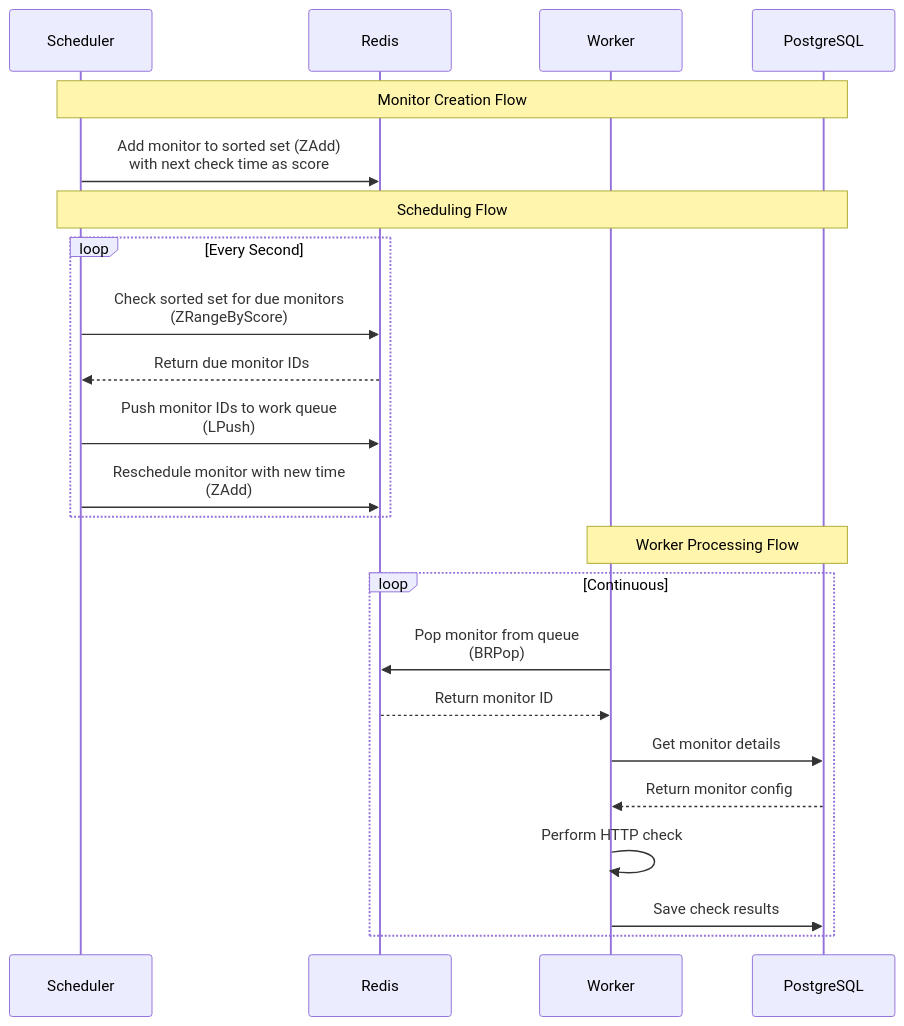
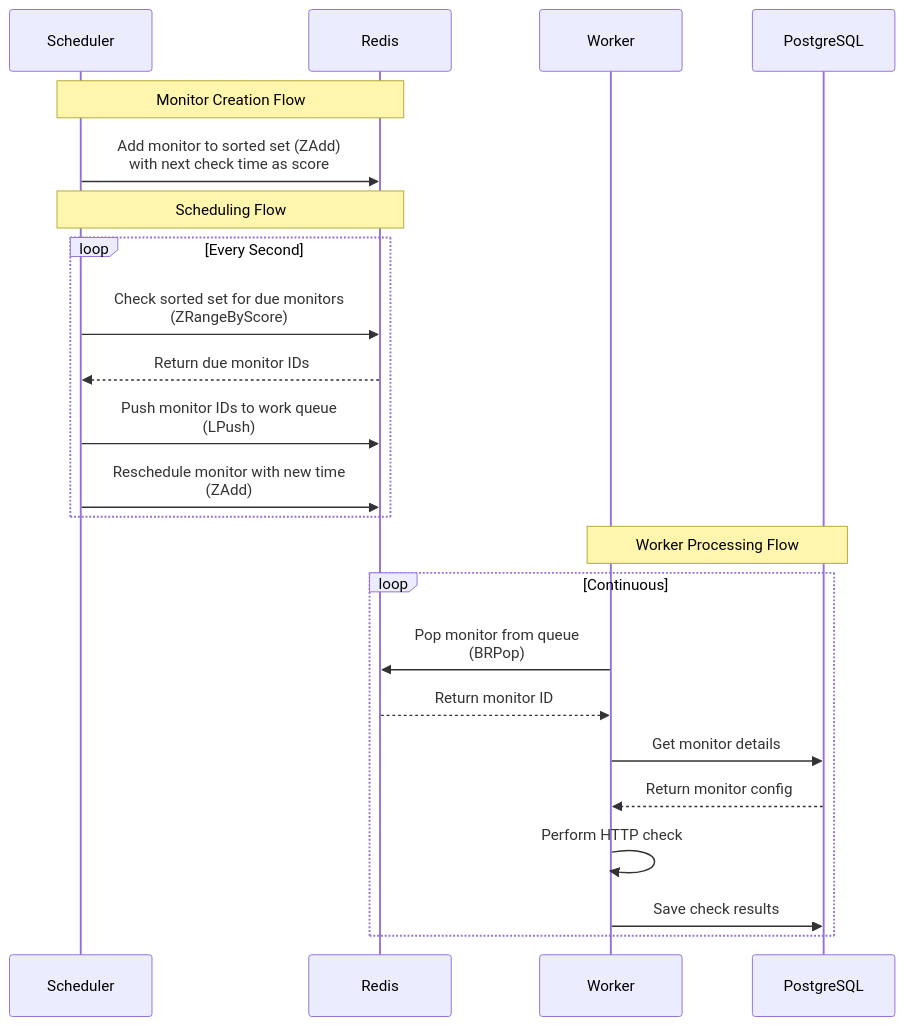
Before and after one commit to iamrajjoshi/pinguin: the diagram in README.md, drawn with Mermaid.

Commit message:
:mag: nit: update README.md architecture diagram

````diff
--- a/README.md
+++ b/README.md
@@ -46,28 +46,28 @@
 ```mermaid
 sequenceDiagram
     participant S as Scheduler
     participant R as Redis
     participant W as Worker
     participant DB as PostgreSQL
     
-    Note over S,DB: Monitor Creation Flow
+    Note over S,R: Monitor Creation Flow
     S->>R: Add monitor to sorted set (ZAdd)<br/>with next check time as score
     
-    Note over S,DB: Scheduling Flow
+    Note over S,R: Scheduling Flow
     loop Every Second
         S->>R: Check sorted set for due monitors<br/>(ZRangeByScore)
         R-->>S: Return due monitor IDs
         S->>R: Push monitor IDs to work queue<br/>(LPush)
         S->>R: Reschedule monitor with new time<br/>(ZAdd)
     end
 
     Note over W,DB: Worker Processing Flow
     loop Continuous
         W->>R: Pop monitor from queue<br/>(BRPop)
         R-->>W: Return monitor ID
         W->>DB: Get monitor details
         DB-->>W: Return monitor config
         W->>W: Perform HTTP check
         W->>DB: Save check results
     end
 ```
````
